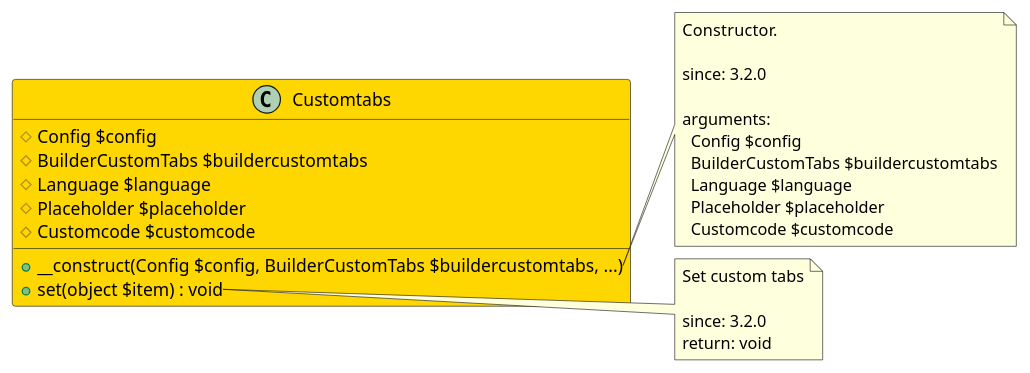
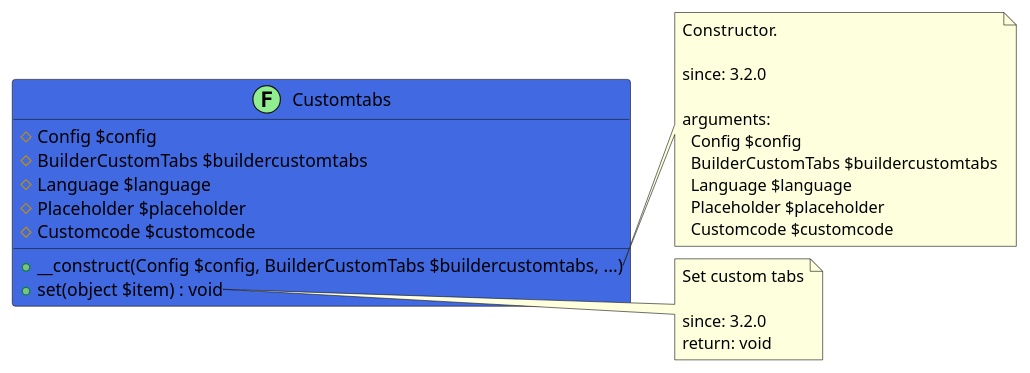
Before and after one commit to joomengine/jcb-compiler: the diagram in src/fa8c1125-d370-4cb6-a7ff-eb32193c198c/README.md, drawn with PlantUML. The commit also changed other lines of this file and 232 other files, not shown here.

````diff
--- a/src/fa8c1125-d370-4cb6-a7ff-eb32193c198c/README.md
+++ b/src/fa8c1125-d370-4cb6-a7ff-eb32193c198c/README.md
@@ -11,34 +11,34 @@
 ```uml
 @startuml
-class Customtabs  #Gold {
+class Customtabs << (F,LightGreen) >> #RoyalBlue {
   # Config $config
   # BuilderCustomTabs $buildercustomtabs
   # Language $language
   # Placeholder $placeholder
   # Customcode $customcode
   + __construct(Config $config, BuilderCustomTabs $buildercustomtabs, ...)
   + set(object $item) : void
 }
 
 note right of Customtabs::__construct
   Constructor.
 
   since: 3.2.0
   
   arguments:
     Config $config
     BuilderCustomTabs $buildercustomtabs
     Language $language
     Placeholder $placeholder
     Customcode $customcode
 end note
 
 note right of Customtabs::set
   Set custom tabs
 
   since: 3.2.0
   return: void
 end note
  
 @enduml
 ```
````
